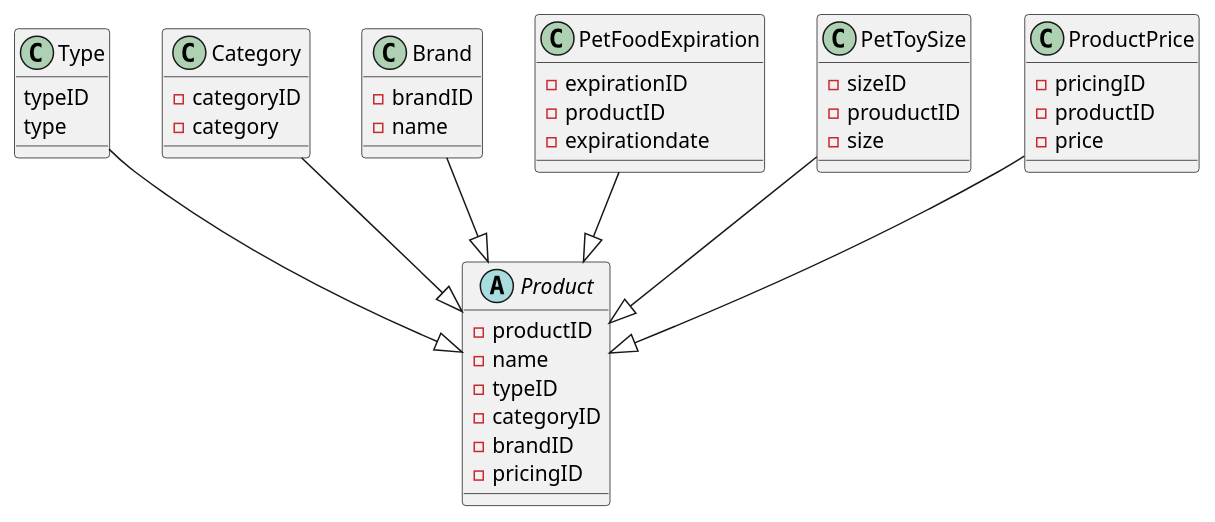
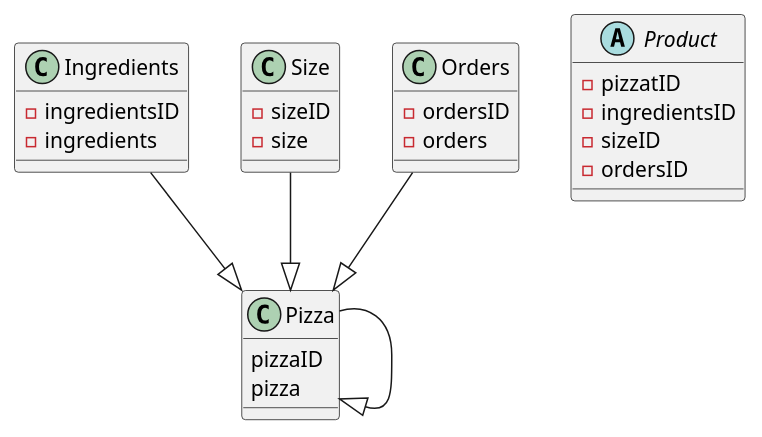
One commit to chrisdecarie/block3-adv-web changed the diagram in project001/project001-sql-md-puml-files/tables.puml. Above: the diagram before and after it, drawn with PlantUML.

Commit message:
Update tables.puml
Updated rables.puml

```diff
--- a/project001/project001-sql-md-puml-files/tables.puml
+++ b/project001/project001-sql-md-puml-files/tables.puml
@@ -2,52 +2,34 @@
 @startuml
-Type --|> Product
-Category --|> Product
-Brand --|> Product
-PetFoodExpiration --|> Product
-PetToySize --|> Product
-ProductPrice --|> Product
+Pizza --|> Pizza
+Ingredients --|> Pizza
+Size --|> Pizza
+Orders --|> Pizza
 
 abstract class Product {
-  -productID
-  -name
-  -typeID
-  -categoryID
-  -brandID
-  -pricingID
+  -pizzatID
+  -ingredientsID
+  -sizeID
+  -ordersID
 }
 
-class Type {
-  typeID
-  type
+class Pizza {
+  pizzaID
+  pizza
 }
 
-class Category {
-  -categoryID
-  -category
+class Ingredients {
+  -ingredientsID
+  -ingredients
 }
 
-class Brand {
-  -brandID
-  -name
-}
-
-class PetFoodExpiration {
-  -expirationID
-  -productID
-  -expirationdate
-}
-
-class PetToySize {
+class Size {
   -sizeID
-  -prouductID
   -size
 }
 
-class ProductPrice {
-  -pricingID
-  -productID
-  -price
+class Orders {
+  -ordersID
+  -orders
 }
 
-
 @enduml
```
